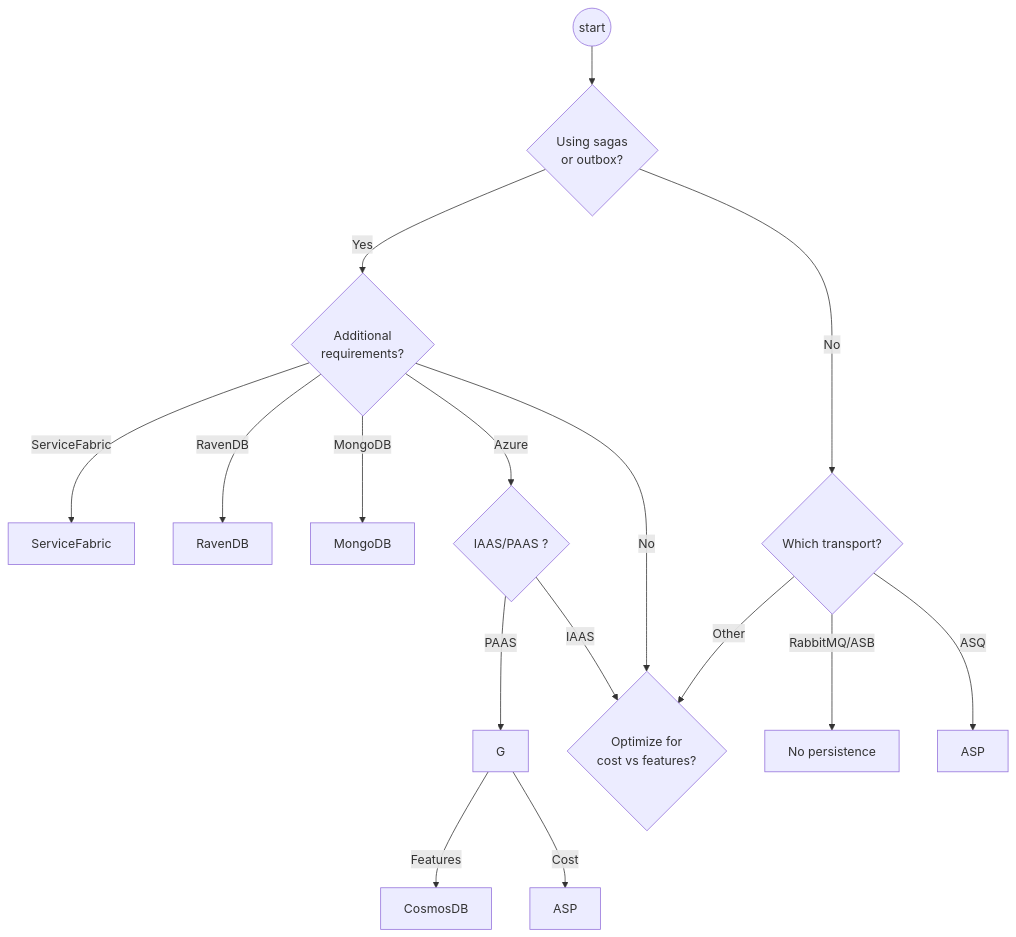
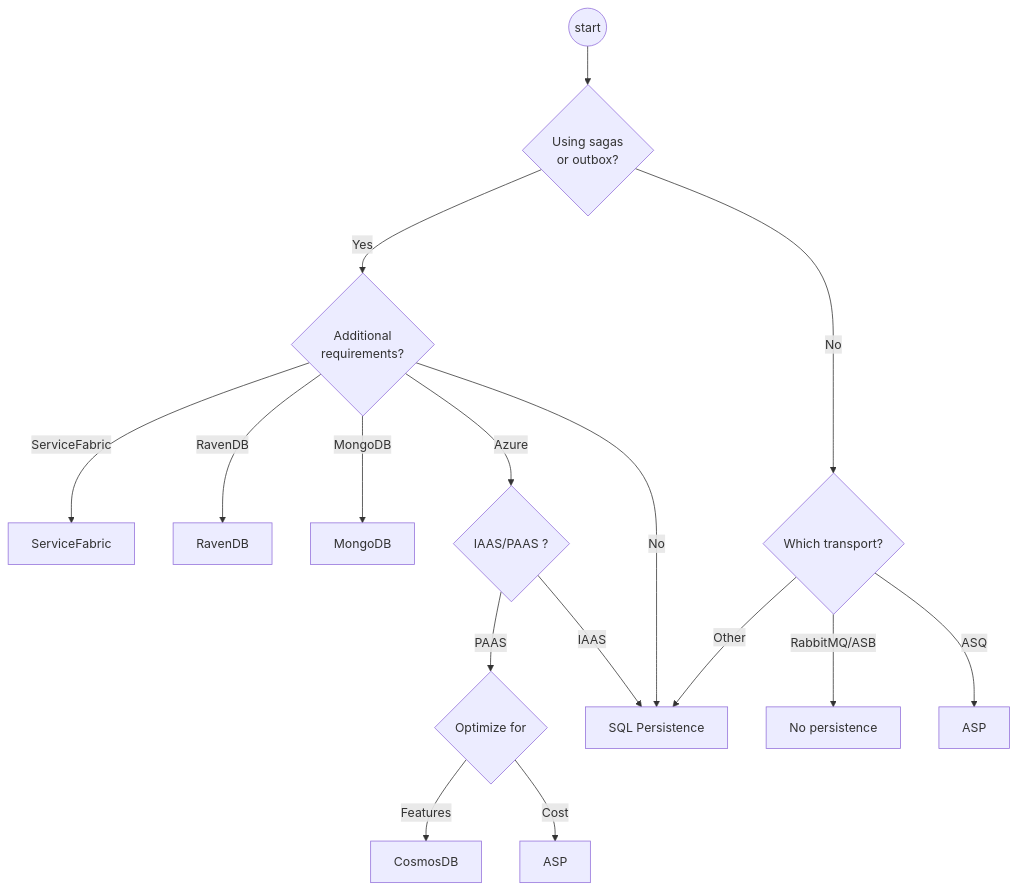
The diagram in persistence/selecting.md (Particular/docs.particular.net), drawn with Mermaid before and after one commit.

````diff
--- a/persistence/selecting.md
+++ b/persistence/selecting.md
@@ -27,18 +27,18 @@
 ```mermaid
 graph TD
 start((start)) --> A{Using sagas<br /> or outbox?}
 A -->  |Yes|B{Additional<br />requirements?}
 A --> |No| I{Which transport?}
 I --> |Other|L[SQL Persistence]
 I --> |RabbitMQ/ASB|J[No persistence]
 I --> |ASQ|K[ASP]
 B --> |ServiceFabric|C[ServiceFabric]
 B --> |RavenDB|E[RavenDB]
 B --> |MongoDB|M[MongoDB]
 B --> |Azure|Q{IAAS/PAAS ?}
 B --> |No|L
-Q --> |PAAS|G
-Q --> |IAAS|L{Optimize for<br /> cost vs features?}
+Q --> |PAAS|G{Optimize for}
+Q --> |IAAS|L
 G --> |Features|N[CosmosDB]
 G --> |Cost|S[ASP]
 ```
````
